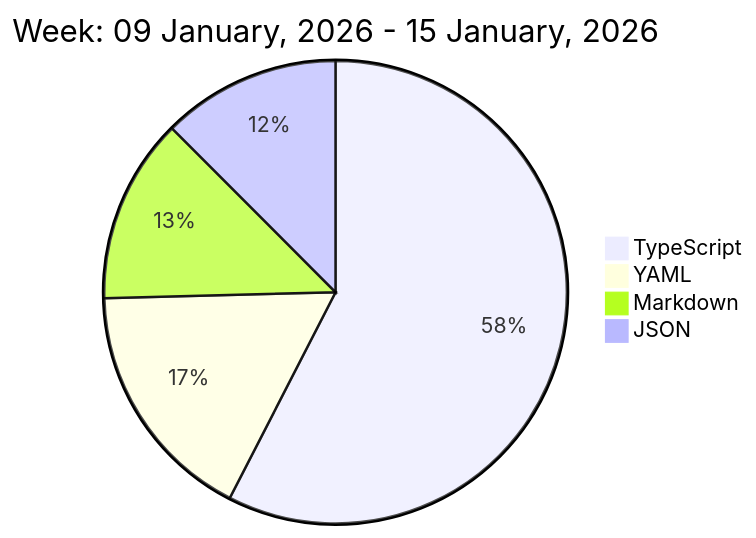
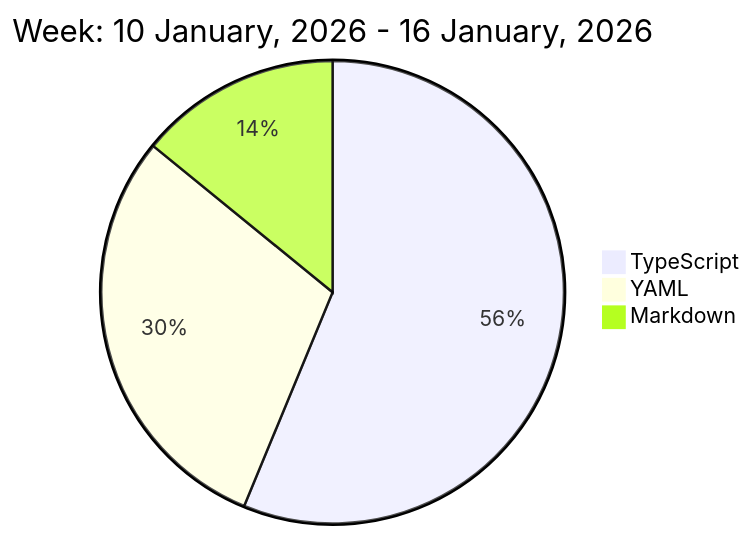
One commit to liubin95/liubin95 changed the diagram in README.md. Above: the diagram before and after it, drawn with Mermaid.

Commit message:
Updated the Graph with new Metrics

````diff
--- a/README.md
+++ b/README.md
@@ -37,8 +37,7 @@
 ```mermaid
  pie
-title Week: 09 January, 2026 - 15 January, 2026
- "TypeScript" : 9.22
- "YAML" : 2.73
- "Markdown" : 2.07
- "JSON" : 2.0
+title Week: 10 January, 2026 - 16 January, 2026
+ "TypeScript" : 7.97
+ "YAML" : 4.2
+ "Markdown" : 2.0
 ```
````
